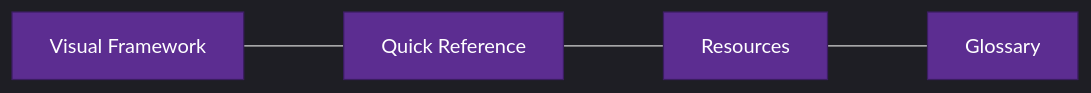
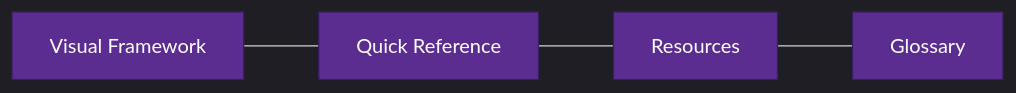
Before and after one commit to microsoft/Microsoft-AI-Decision-Framework: the second of 2 diagrams in README.md, drawn with Mermaid. The commit also changed other lines of this file and 1 other file, not shown here.

First line of the commit message:
Fix mermaid diagram width and height clipping

````diff
--- a/README.md
+++ b/README.md
@@ -87,15 +87,15 @@
 ```mermaid
-%%{init: {'theme':'dark','flowchart': {'useMaxWidth': true, 'nodeSpacing': 140, 'rankSpacing': 80, 'diagramPadding': 12}}}%%
+%%{init: {'theme':'dark','flowchart': {'useMaxWidth': true, 'nodeSpacing': 100, 'rankSpacing': 60, 'diagramPadding': 20}}}%%
 flowchart LR
-        VF[Visual Framework] --- QR[Quick Reference] --- RES[Resources] --- GLOS[Glossary]
+        VF["Visual Framework"] --- QR["Quick Reference"] --- RES["Resources"] --- GLOS["Glossary"]
 
         style VF fill:#5C2D91,stroke:#3B1D61,color:#fff
         style QR fill:#5C2D91,stroke:#3B1D61,color:#fff
         style RES fill:#5C2D91,stroke:#3B1D61,color:#fff
         style GLOS fill:#5C2D91,stroke:#3B1D61,color:#fff
 
         click VF "{{ site.baseurl }}/docs/visual-framework" "Open Visual Framework" _self
         click QR "{{ site.baseurl }}/docs/quick-reference" "Open Quick Reference" _self
         click RES "{{ site.baseurl }}/docs/resources" "Open Resources" _self
         click GLOS "{{ site.baseurl }}/docs/glossary" "Open Glossary" _self
 ```
````
